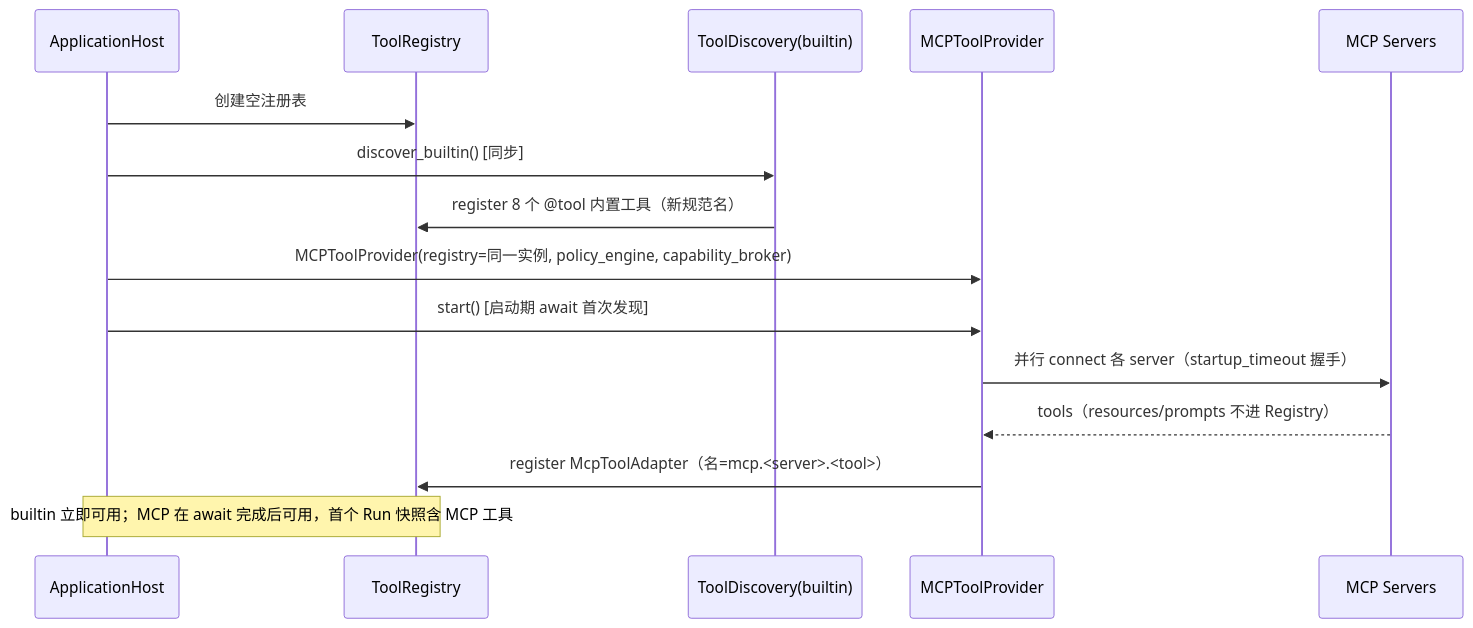
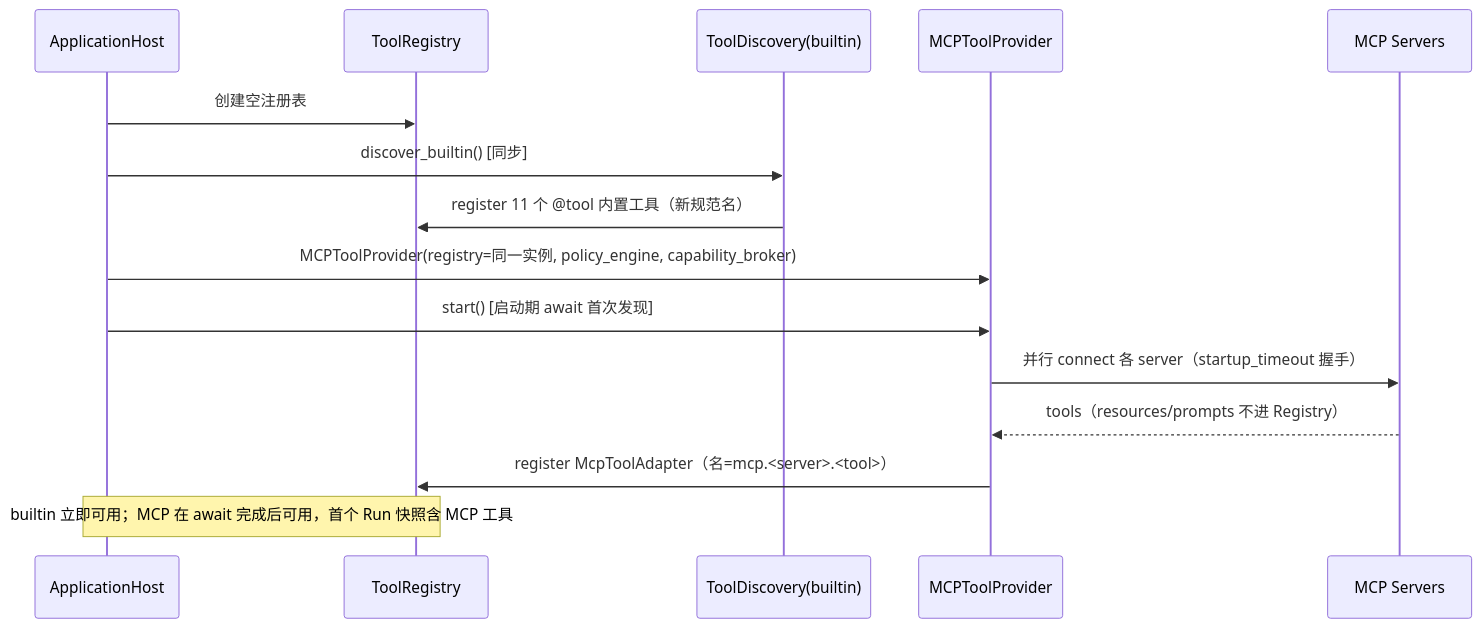
Before and after one commit to aandbcct/dotClaw: the third of 4 diagrams in docs/wiki/Tool 模块总体说明.md, drawn with Mermaid. The commit also changed other lines of this file and 2 other files, not shown here.

````diff
--- a/docs/wiki/Tool 模块总体说明.md
+++ b/docs/wiki/Tool 模块总体说明.md
@@ -232,18 +257,18 @@
 ```mermaid
 sequenceDiagram
     participant F as ApplicationHost
     participant R as ToolRegistry
     participant B as ToolDiscovery(builtin)
     participant M as MCPToolProvider
     participant Ext as MCP Servers
 
     F->>R: 创建空注册表
     F->>B: discover_builtin()  [同步]
-    B->>R: register 8 个 @tool 内置工具（新规范名）
+    B->>R: register 11 个 @tool 内置工具（新规范名）
     F->>M: MCPToolProvider(registry=同一实例, policy_engine, capability_broker)
     F->>M: start()  [启动期 await 首次发现]
     M->>Ext: 并行 connect 各 server（startup_timeout 握手）
     Ext-->>M: tools（resources/prompts 不进 Registry）
     M->>R: register McpToolAdapter（名=mcp.<server>.<tool>）
     Note over F,R: builtin 立即可用；MCP 在 await 完成后可用，首个 Run 快照含 MCP 工具
 ```
````
